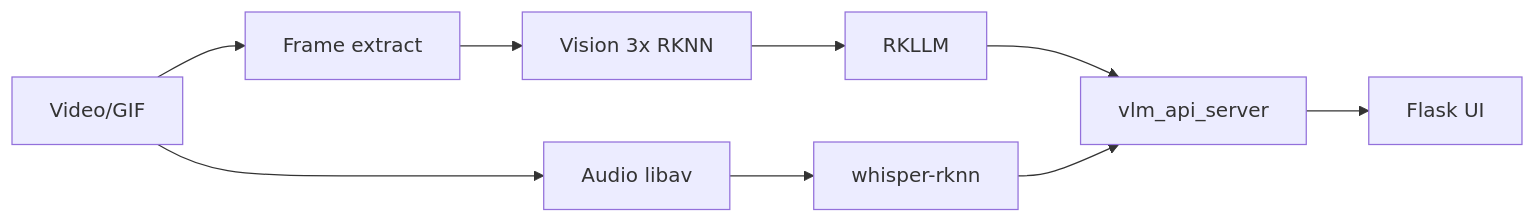
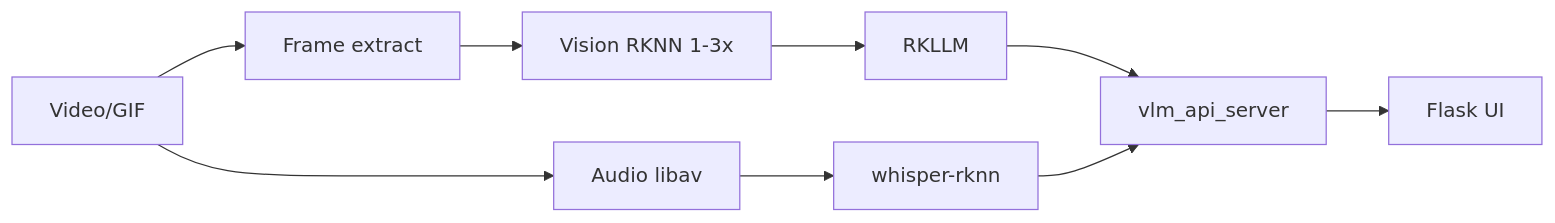
The diagram in README.md (ShiWarai/video-descriptor-rkllm), drawn with Mermaid before and after one commit. The commit also changed other lines of this file and 8 other files, not shown here.

````diff
--- a/README.md
+++ b/README.md
@@ -34,11 +34,11 @@
 ```mermaid
 flowchart LR
   Video[Video/GIF] --> FrameExt[Frame extract]
   Video --> AudioExt[Audio libav]
-  FrameExt --> RKNN[Vision 3x RKNN]
+  FrameExt --> RKNN[Vision RKNN 1-3x]
   AudioExt --> Whisper[whisper-rknn]
   RKNN --> RKLLM[RKLLM]
   RKLLM --> API[vlm_api_server]
   Whisper --> API
   API --> Web[Flask UI]
 ```
````
